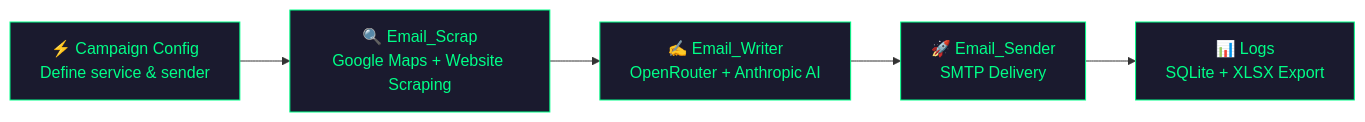
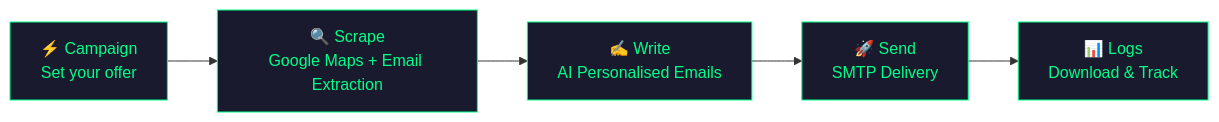
Before and after one commit to Oxirane-git/Quinx: the diagram in README.md, drawn with Mermaid. The commit also changed other lines of this file and 16 other files, not shown here.

````diff
--- a/README.md
+++ b/README.md
@@ -161,13 +146,13 @@
 ```mermaid
 graph LR
-    A["⚡ Campaign Config<br/>Define service & sender"] --> B["🔍 Email_Scrap<br/>Google Maps + Website Scraping"]
-    B --> C["✍️ Email_Writer<br/>OpenRouter + Anthropic AI"]
-    C --> D["🚀 Email_Sender<br/>SMTP Delivery"]
-    D --> E["📊 Logs<br/>SQLite + XLSX Export"]
+    A["⚡ Campaign<br/>Set your offer"] --> B["🔍 Scrape<br/>Google Maps + Email Extraction"]
+    B --> C["✍️ Write<br/>AI Personalised Emails"]
+    C --> D["🚀 Send<br/>SMTP Delivery"]
+    D --> E["📊 Logs<br/>Download & Track"]
 
     style A fill:#1a1a2e,stroke:#00ff88,color:#00ff88
     style B fill:#1a1a2e,stroke:#00ff88,color:#00ff88
     style C fill:#1a1a2e,stroke:#00ff88,color:#00ff88
     style D fill:#1a1a2e,stroke:#00ff88,color:#00ff88
     style E fill:#1a1a2e,stroke:#00ff88,color:#00ff88
 ```
````
